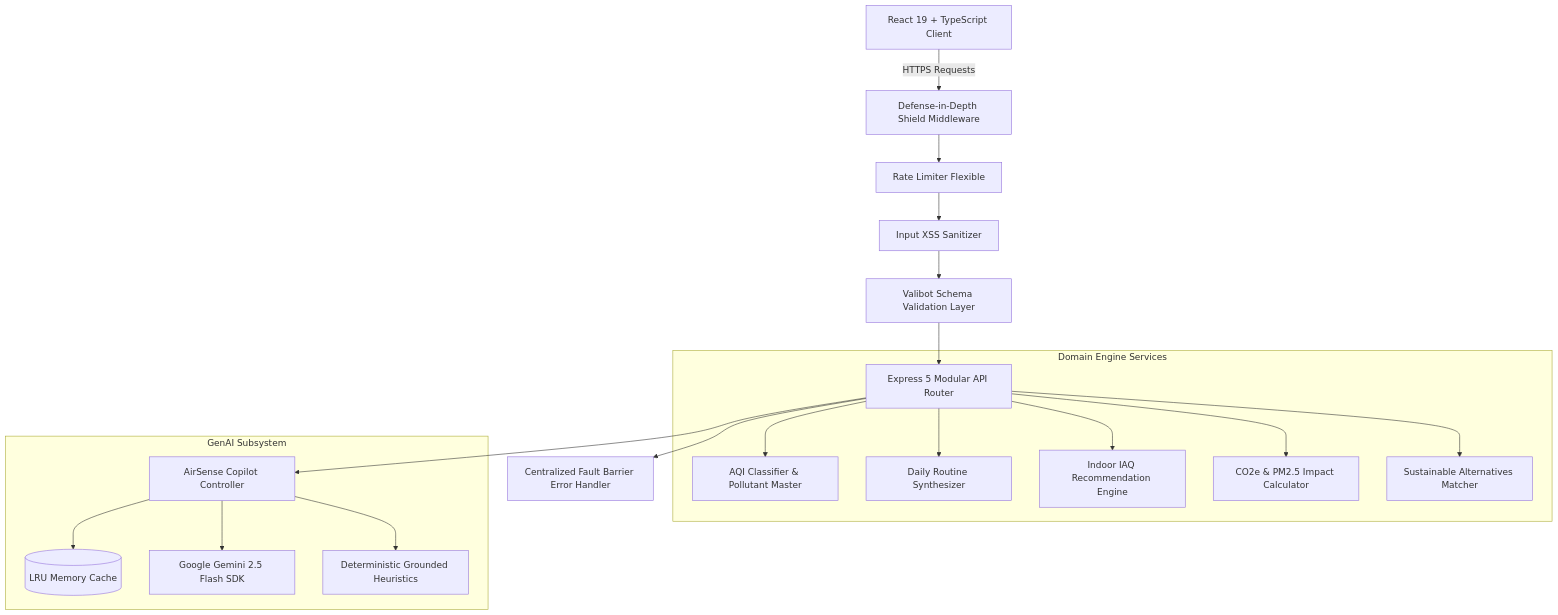
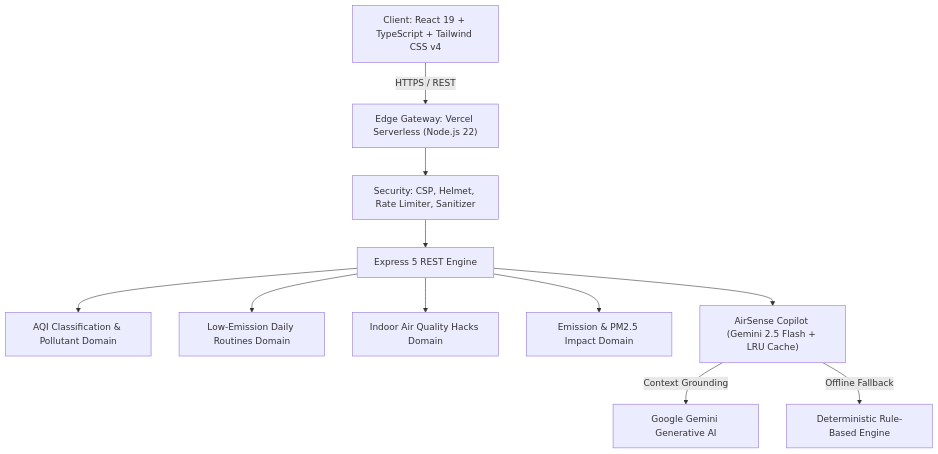
One commit to Hmpunith/BreatheEasy changed the diagram in README.md. Above: the diagram before and after it, drawn with Mermaid. The commit also changed other lines of this file and 9 other files, not shown here.

Commit message:
feat(quality): modularize ImpactReportCard, strengthen WCAG AA keyboard nav, add 10 defense headers, and align problem statement keywords

````diff
--- a/README.md
+++ b/README.md
@@ -35,25 +41,15 @@
 ```mermaid
-graph TD
-    Client[React 19 + TypeScript Client] -->|HTTPS Requests| Shield[Defense-in-Depth Shield Middleware]
-    Shield --> Throttle[Rate Limiter Flexible]
-    Throttle --> Sanitizer[Input XSS Sanitizer]
-    Sanitizer --> Validator[Valibot Schema Validation Layer]
-    Validator --> Router[Express 5 Modular API Router]
-
-    subgraph Domain Engine Services
-        Router --> AQI[AQI Classifier & Pollutant Master]
-        Router --> Routines[Daily Routine Synthesizer]
-        Router --> Hacks[Indoor IAQ Recommendation Engine]
-        Router --> Impact[CO2e & PM2.5 Impact Calculator]
-        Router --> Green[Sustainable Alternatives Matcher]
-    end
-
-    subgraph GenAI Subsystem
-        Router --> Copilot[AirSense Copilot Controller]
-        Copilot --> Cache[(LRU Memory Cache)]
-        Copilot --> Gemini[Google Gemini 2.5 Flash SDK]
-        Copilot --> Fallback[Deterministic Grounded Heuristics]
-    end
-
-    Router --> Barrier[Centralized Fault Barrier Error Handler]
+flowchart TD
+    Client["Client: React 19 + TypeScript + Tailwind CSS v4"] -->|HTTPS / REST| EdgeGateway["Edge Gateway: Vercel Serverless (Node.js 22)"]
+    EdgeGateway --> SecurityMiddlewares["Security: CSP, Helmet, Rate Limiter, Sanitizer"]
+    SecurityMiddlewares --> ExpressCore["Express 5 REST Engine"]
+    
+    ExpressCore --> DomainAQI["AQI Classification & Pollutant Domain"]
+    ExpressCore --> DomainRoutines["Low-Emission Daily Routines Domain"]
+    ExpressCore --> DomainHacks["Indoor Air Quality Hacks Domain"]
+    ExpressCore --> DomainImpact["Emission & PM2.5 Impact Domain"]
+    ExpressCore --> DomainCopilot["AirSense Copilot (Gemini 2.5 Flash + LRU Cache)"]
+    
+    DomainCopilot -->|Context Grounding| GeminiAPI["Google Gemini Generative AI"]
+    DomainCopilot -->|Offline Fallback| HeuristicEngine["Deterministic Rule-Based Engine"]
 ```
````
